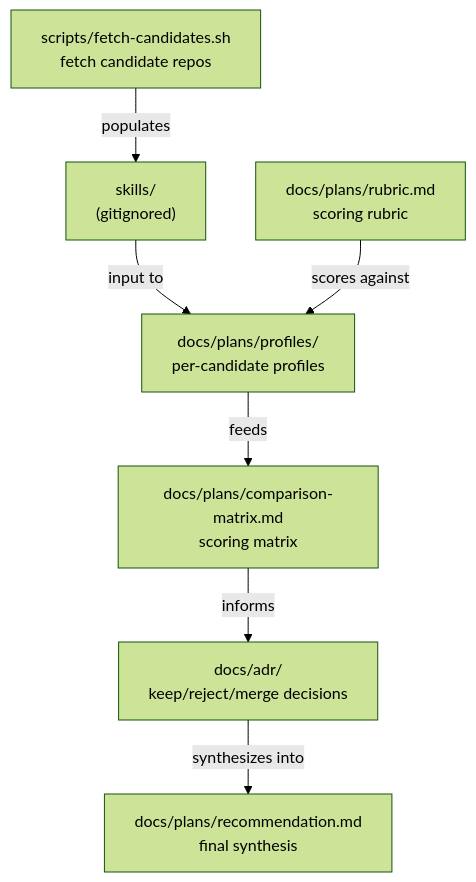
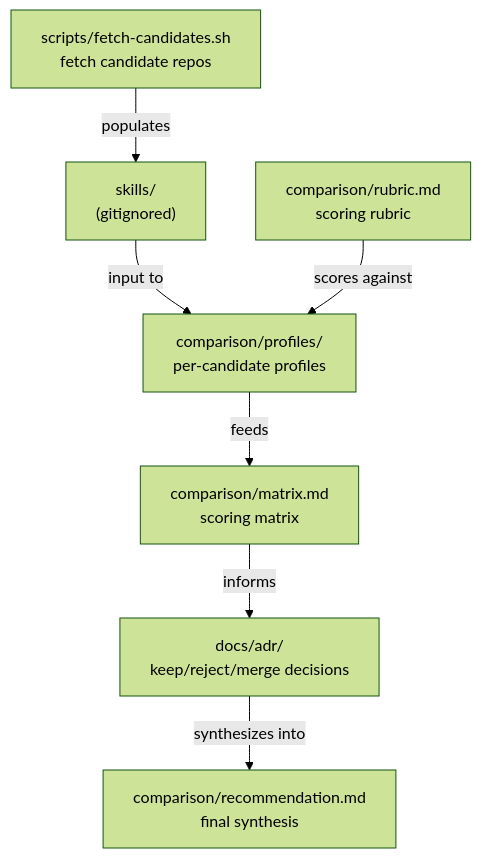
Before and after one commit to cristoslc/humanizer-skill-review: the diagram in docs/technical-architecture/c4/component.md, drawn with Mermaid (forest theme). The commit also changed other lines of this file and 20 other files, not shown here.

````diff
--- a/docs/technical-architecture/c4/component.md
+++ b/docs/technical-architecture/c4/component.md
@@ -5,16 +5,16 @@
 ```mermaid
 flowchart TD
     Fetch["scripts/fetch-candidates.sh<br/>fetch candidate repos"]
-    Profiles["docs/plans/profiles/<br/>per-candidate profiles"]
-    Matrix["docs/plans/comparison-matrix.md<br/>scoring matrix"]
-    Rubric["docs/plans/rubric.md<br/>scoring rubric"]
+    Profiles["comparison/profiles/<br/>per-candidate profiles"]
+    Matrix["comparison/matrix.md<br/>scoring matrix"]
+    Rubric["comparison/rubric.md<br/>scoring rubric"]
     ADRs["docs/adr/<br/>keep/reject/merge decisions"]
-    Recommendation["docs/plans/recommendation.md<br/>final synthesis"]
+    Recommendation["comparison/recommendation.md<br/>final synthesis"]
 
     Fetch -->|"populates"| Skills["skills/<br/>(gitignored)"]
     Skills -->|"input to"| Profiles
     Rubric -->|"scores against"| Profiles
     Profiles -->|"feeds"| Matrix
     Matrix -->|"informs"| ADRs
     ADRs -->|"synthesizes into"| Recommendation
 ```
````
